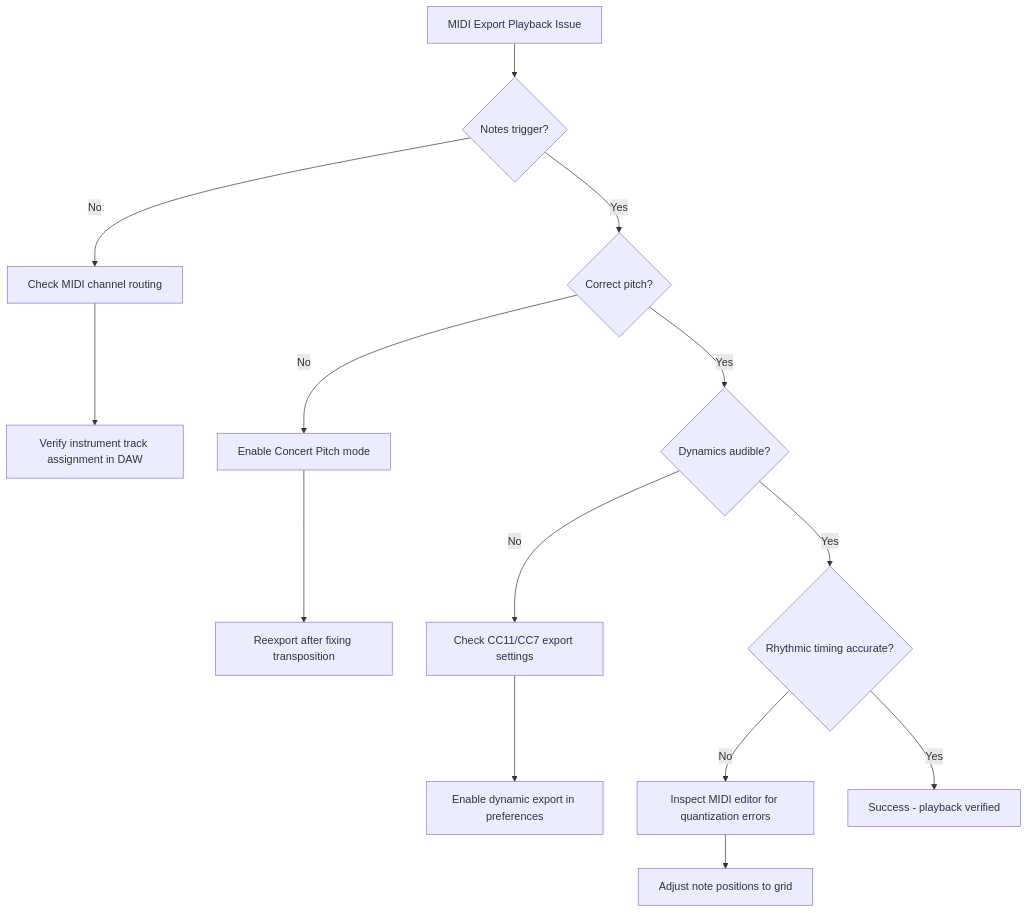
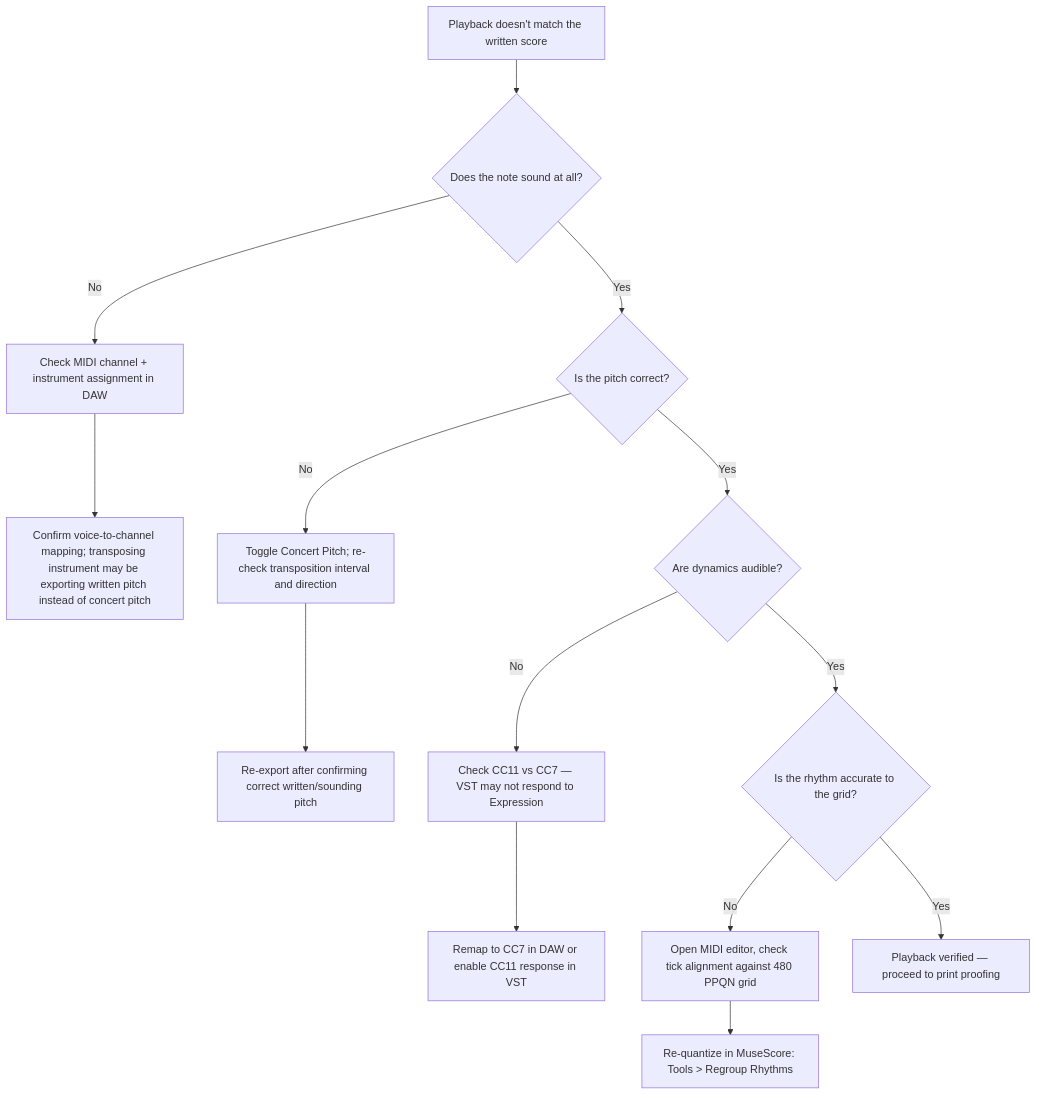
The second of 2 diagrams in topics/arts/composition/notation/labs.md (blebleblee/synapse), drawn with Mermaid before and after one commit. The commit also changed other lines of this file and 3 other files, not shown here.

````diff
--- a/topics/arts/composition/notation/labs.md
+++ b/topics/arts/composition/notation/labs.md
@@ -331,16 +346,16 @@
 ```mermaid
 graph TD
-    A[MIDI Export Playback Issue] --> B{Notes trigger?}
-    B -->|No| C[Check MIDI channel routing]
-    B -->|Yes| D{Correct pitch?}
-    C --> E[Verify instrument track assignment in DAW]
-    D -->|No| F[Enable Concert Pitch mode]
-    D -->|Yes| G{Dynamics audible?}
-    F --> H[Reexport after fixing transposition]
-    G -->|No| I["Check CC11/CC7 export settings"]
-    G -->|Yes| J{Rhythmic timing accurate?}
-    I --> K[Enable dynamic export in preferences]
-    J -->|No| L[Inspect MIDI editor for quantization errors]
-    J -->|Yes| M[Success - playback verified]
-    L --> N[Adjust note positions to grid]
+    A["Playback doesn't match the written score"] --> B{"Does the note sound at all?"}
+    B -->|No| C["Check MIDI channel + instrument assignment in DAW"]
+    B -->|Yes| D{"Is the pitch correct?"}
+    C --> E["Confirm voice-to-channel mapping; transposing instrument may be exporting written pitch instead of concert pitch"]
+    D -->|No| F["Toggle Concert Pitch; re-check transposition interval and direction"]
+    D -->|Yes| G{"Are dynamics audible?"}
+    F --> H["Re-export after confirming correct written/sounding pitch"]
+    G -->|No| I["Check CC11 vs CC7 — VST may not respond to Expression"]
+    G -->|Yes| J{"Is the rhythm accurate to the grid?"}
+    I --> K["Remap to CC7 in DAW or enable CC11 response in VST"]
+    J -->|No| L["Open MIDI editor, check tick alignment against 480 PPQN grid"]
+    J -->|Yes| M["Playback verified — proceed to print proofing"]
+    L --> N["Re-quantize in MuseScore: Tools > Regroup Rhythms"]
 ```
````
